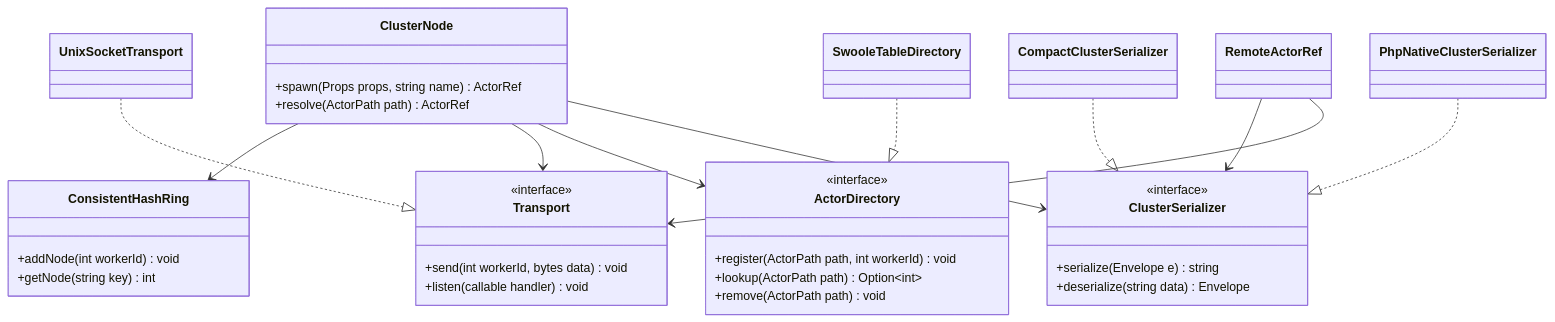
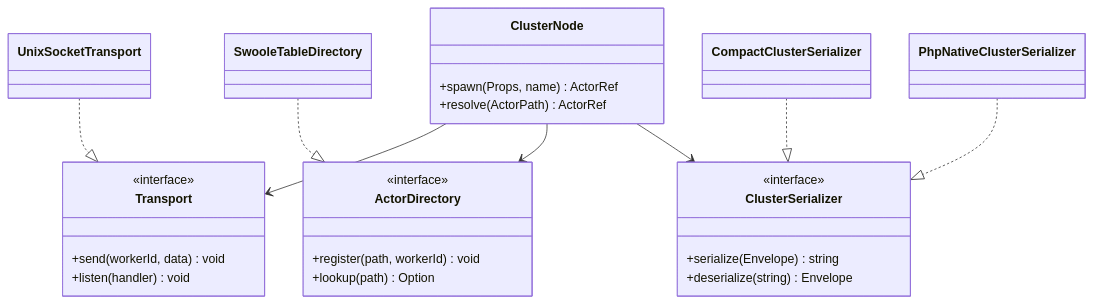
One commit to nexus-actors/nexus changed the second of 3 diagrams in website/docs/scaling/overview.md. Above: the diagram before and after it, drawn with Mermaid. The commit also changed other lines of this file and 19 other files, not shown here.

First line of the commit message:
refactor: simplify diagrams, remove benchmark viz, use Swoole 6.2.0-rc1

````diff
--- a/website/docs/scaling/overview.md
+++ b/website/docs/scaling/overview.md
@@ -62,43 +50,34 @@
 ```mermaid
 classDiagram
     class ClusterNode {
-        +spawn(Props props, string name) ActorRef
-        +resolve(ActorPath path) ActorRef
-    }
-
-    class ConsistentHashRing {
-        +addNode(int workerId) void
-        +getNode(string key) int
+        +spawn(Props, name) ActorRef
+        +resolve(ActorPath) ActorRef
     }
 
     class Transport {
         <<interface>>
-        +send(int workerId, bytes data) void
-        +listen(callable handler) void
+        +send(workerId, data) void
+        +listen(handler) void
     }
 
     class ActorDirectory {
         <<interface>>
-        +register(ActorPath path, int workerId) void
-        +lookup(ActorPath path) Option~int~
-        +remove(ActorPath path) void
+        +register(path, workerId) void
+        +lookup(path) Option
     }
 
     class ClusterSerializer {
         <<interface>>
-        +serialize(Envelope e) string
-        +deserialize(string data) Envelope
+        +serialize(Envelope) string
+        +deserialize(string) Envelope
     }
 
     UnixSocketTransport ..|> Transport
     SwooleTableDirectory ..|> ActorDirectory
     CompactClusterSerializer ..|> ClusterSerializer
     PhpNativeClusterSerializer ..|> ClusterSerializer
 
-    ClusterNode --> ConsistentHashRing
     ClusterNode --> Transport
     ClusterNode --> ActorDirectory
     ClusterNode --> ClusterSerializer
-    RemoteActorRef --> ClusterSerializer
-    RemoteActorRef --> Transport
 ```
````
